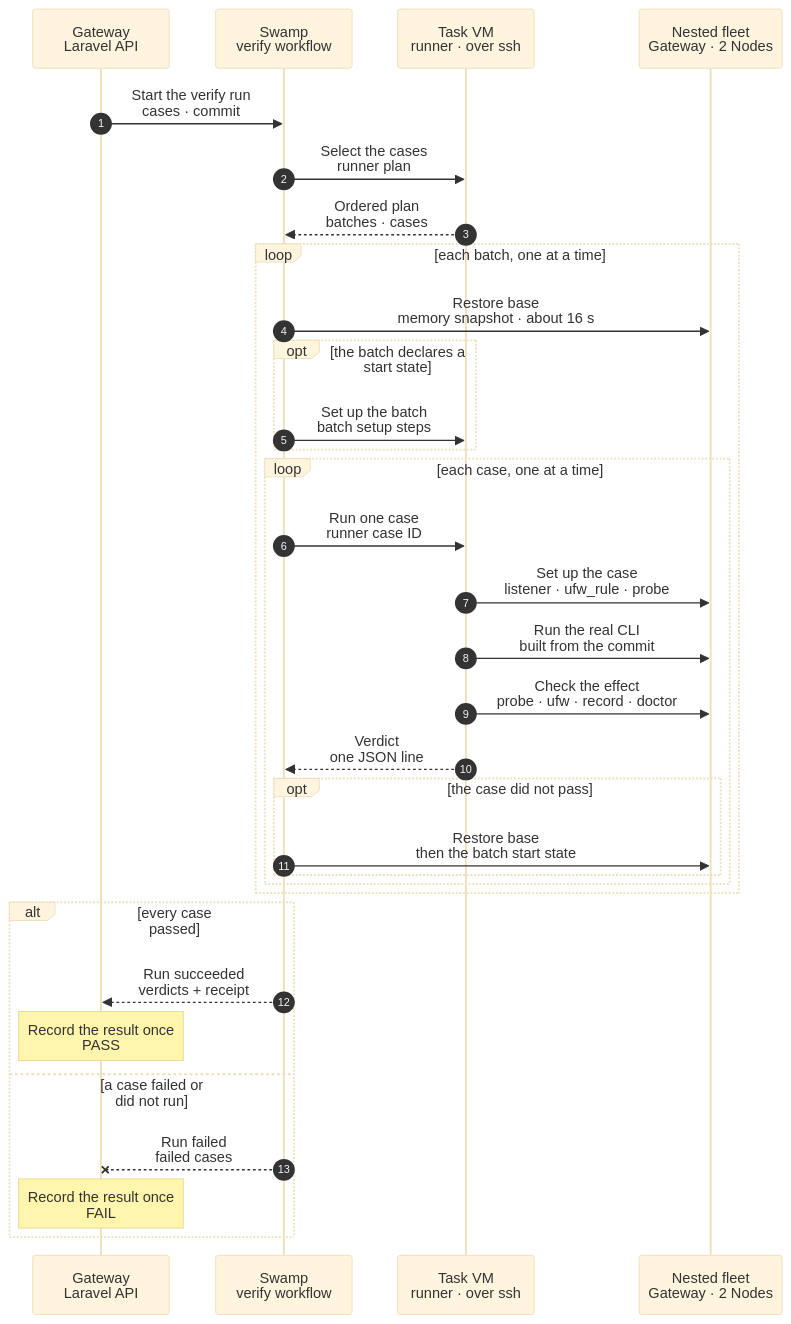
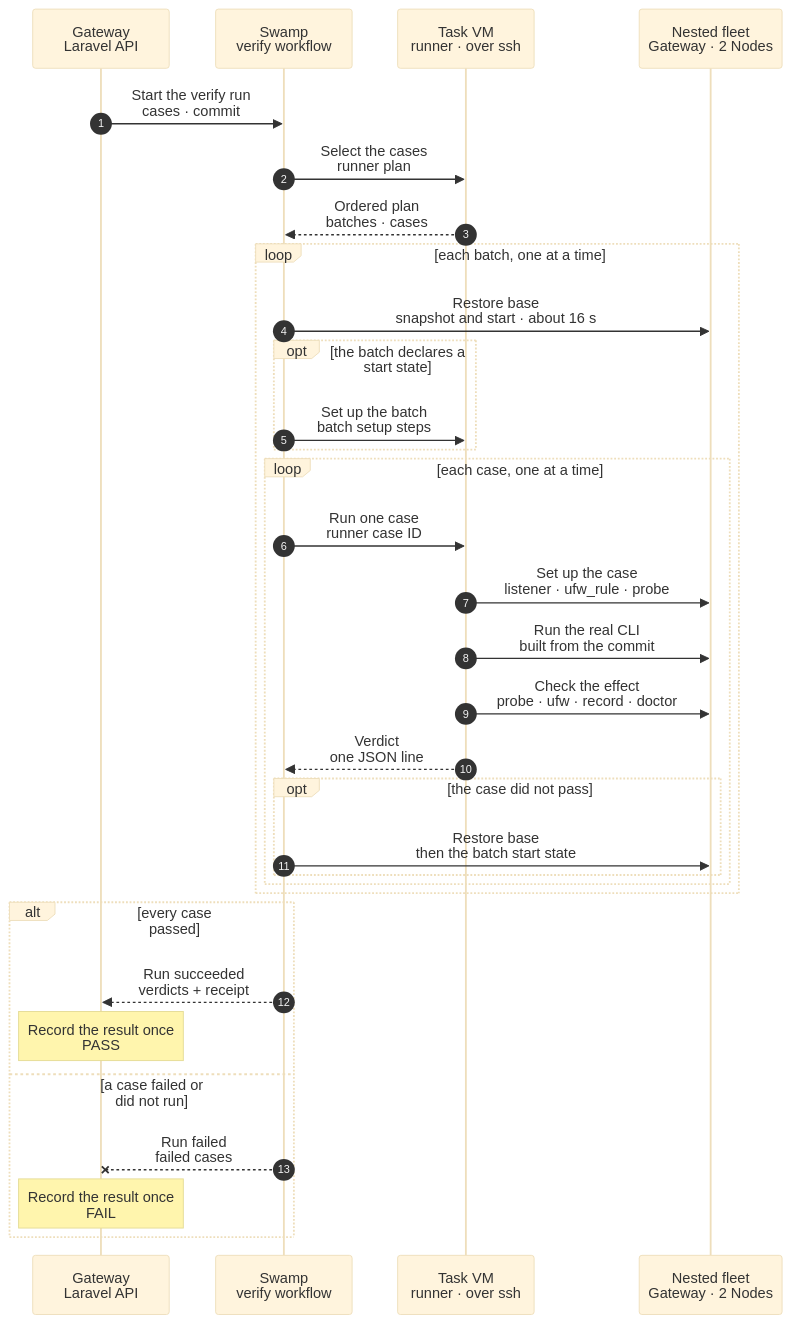
One commit to hardimpactdev/orbit changed the diagram in docs/reference/pipeline/3-proof-runner.mmd. Above: the diagram before and after it, drawn with Mermaid (base theme). The commit also changed 53 other files, not shown here.

First line of the commit message:
Run the nested fleet of a task VM in Incus system containers

```diff
--- a/docs/reference/pipeline/3-proof-runner.mmd
+++ b/docs/reference/pipeline/3-proof-runner.mmd
@@ -1,75 +1,75 @@
 sequenceDiagram
   %% Target design: the proof runner inside stage 3 of the command development pipeline (design: reference/verification-cases). One shared runner executes the cases of one command; each batch restores the task's base snapshot once, cases use their own resources and undo nothing, and a case that did not pass triggers a restore; a case is a specification built from a fixed set of steps. Orbit's own Swamp runs the runner over SSH in the task VM, as part of the "Run the proof" child of proof:run. The Gateway only admits the request and records the verdicts.
   %% status: draft
   %% command: development pipeline stage 3 · proof runner
   %% kind: pipeline.3-proof-runner
   autonumber
   %% lane GW icon=gateway pill=intent tone=blue
   %% lane SW icon=workflow pill=executes tone=green
   %% lane VM icon=server pill=target tone=purple
   %% lane NT icon=server pill=fleet tone=amber
   participant GW as Gateway<br/>Laravel API
   participant SW as Swamp<br/>verify workflow
   participant VM as Task VM<br/>runner · over ssh
   participant NT as Nested fleet<br/>Gateway · 2 Nodes
   GW->>SW: Start the verify run<br/>cases · commit
   %%> Inputs:
   %%> - the commit and the one command whose cases run; in CI, `proof:run` proves each affected command separately
   %%> Why:
   %%> - the Gateway only authorizes; Swamp owns the run and its state
   SW->>VM: Select the cases<br/>runner plan
   %%> What it does:
   %%> - reads the command's cases file at the tested commit
   %%> - refuses a case with an unknown step, an unknown chart path or no batch
   %%> - lists the chart paths, options and codes that no case covers
   %%> - groups the cases by batch, in the order of `swamp/proof/batches.yaml`; inside a batch, in file order
   %%> - `runner plan --lines` prints one line a batch, `BATCH SETUP CASE...`, which the workflow reads; the workflow `proof-fleet-verify` is built
   VM-->>SW: Ordered plan<br/>batches · cases
   loop each batch, one at a time
-    SW->>NT: Restore base<br/>memory snapshot · about 16 s
+    SW->>NT: Restore base<br/>snapshot and start · about 16 s
     %%> What it does:
-    %%> - restores the task's stateful snapshot `base` of the three nested VMs; skipped when the fleet is still at `base`, as for the first batch
+    %%> - restores the task's plain snapshot `base` of the three nested containers (a reboot); skipped when the fleet is still at `base`, as for the first batch
     %%> - a restore that fails or is not healthy within 45 s stops the run; the cases that did not run become `unrun` with cause `infrastructure`
-    %%> - built, not yet passed live: the step is the workflow `proof-fleet-restore` (restore, clock, NFS server restart, readiness, apply the checkout), which `proof-fleet-verify-batch` calls; 0 of 2 runs succeeded by 2026-11-06; the old `runner restore` was removed
+    %%> - built, not yet passed live: the step is the workflow `proof-fleet-restore` (restore, start, boot wait, readiness, apply the checkout), which `proof-fleet-verify-batch` calls; 0 of 2 runs succeeded by 2026-11-06; the old `runner restore` was removed
     opt the batch declares a start state
       SW->>VM: Set up the batch<br/>batch setup steps
       %%> What it does:
       %%> - runs the setup steps of the batch, such as extra addresses on the Nodes
     end
     loop each case, one at a time
       SW->>VM: Run one case<br/>runner case ID
       %%> What it does:
       %%> - runs the setup, act and expect steps of the case in order
       %%> - no undo and no cleanup: the case uses its own resources (free ports, its own listeners, a new Instance), so it does not touch the other cases of the batch
       %%> Result:
       %%> - one verdict line; the full receipt stays in the evidence directory
       VM->>NT: Set up the case<br/>listener · ufw_rule · probe
       %%> What it does:
       %%> - builds the starting state, then probes it, for example a blocked port and a working control port
       %%> When:
       %%> - a failed setup step ends the case as `unrun`; it is not a pass
       VM->>NT: Run the real CLI<br/>built from the commit
       %%> What it does:
       %%> - the `act` steps call the command through its real interface and check exit status, result code and skip reason
       VM->>NT: Check the effect<br/>probe · ufw · record · doctor
       %%> What it does:
       %%> - the `expect` steps check traffic, rule order, the Gateway record and Doctor
       %%> - every step runs, so one verdict lists all failures
       VM-->>SW: Verdict<br/>one JSON line
       %%> Returns:
       %%> - the case id, `passed`, `failed` (cause `assertion` or `infrastructure`) or `unrun` (cause `precondition`), the failed checks and the seconds
       opt the case did not pass
         SW->>NT: Restore base<br/>then the batch start state
         %%> Why:
         %%> - a failed case can leave anything behind; the next case starts clean
         %%> - the last case of a batch skips it, because the next batch restores anyway
       end
     end
   end
   alt every case passed
     SW-->>GW: Run succeeded<br/>verdicts + receipt
     Note over GW: Record the result once<br/>PASS
   else a case failed or did not run
     SW--xGW: Run failed<br/>failed cases
     Note over GW: Record the result once<br/>FAIL
   end
```
